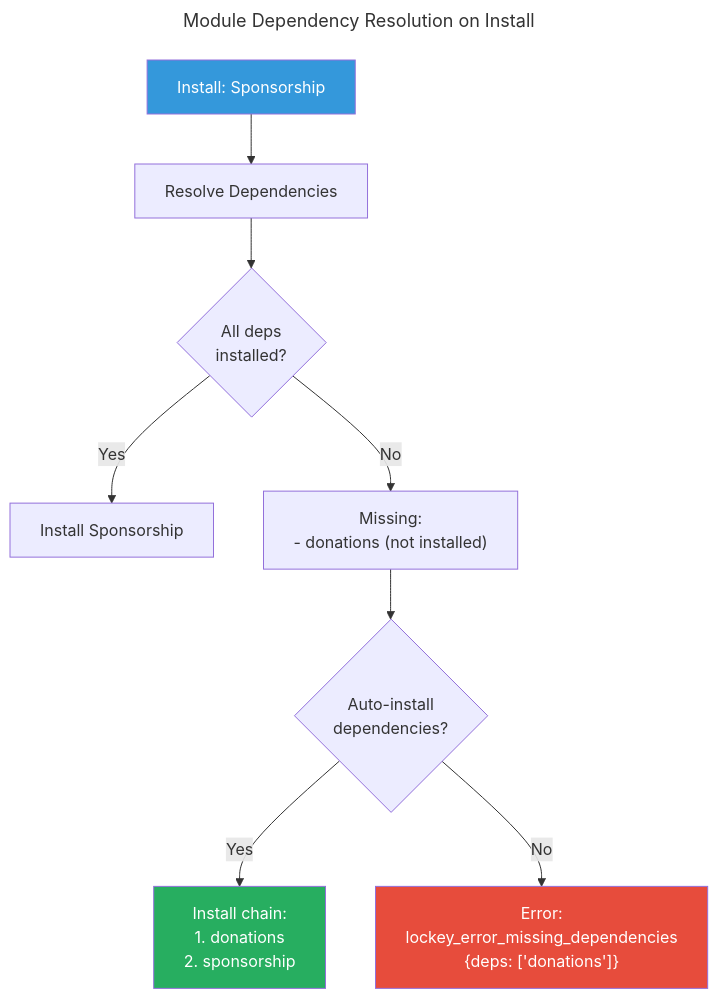
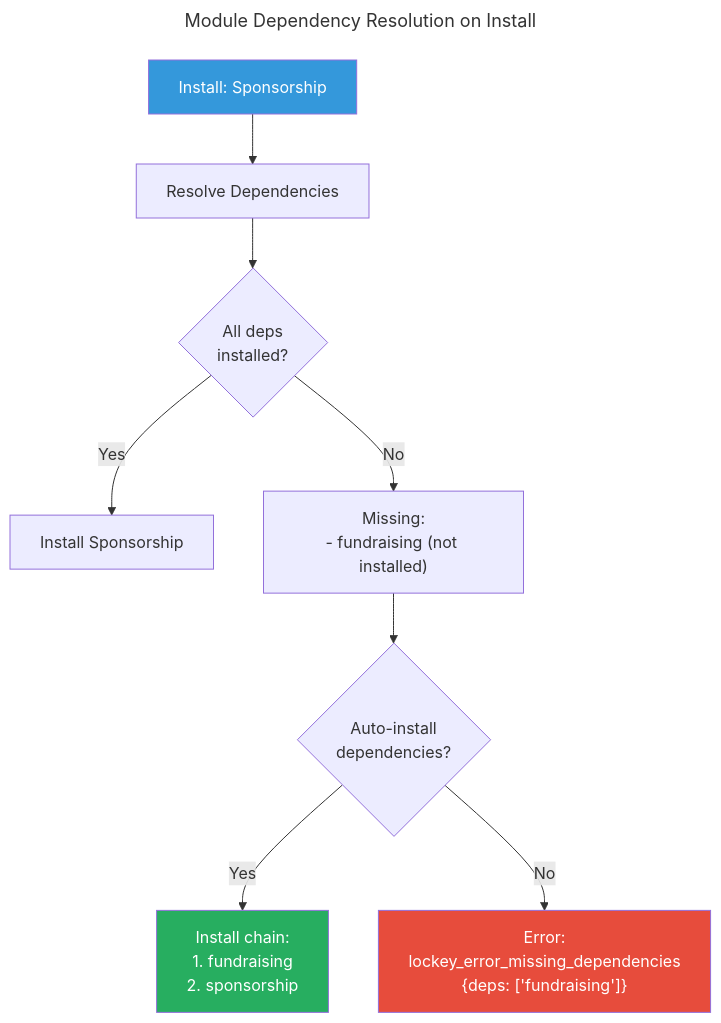
Before and after one commit to cemililik/Nexora: the fifth of 5 diagrams in docs/architecture/MODULE_SYSTEM.md, drawn with Mermaid. The commit also changed other lines of this file and 13 other files, not shown here.

````diff
--- a/docs/architecture/MODULE_SYSTEM.md
+++ b/docs/architecture/MODULE_SYSTEM.md
@@ -524,17 +528,17 @@
 ```mermaid
 ---
 title: Module Dependency Resolution on Install
 ---
 flowchart TB
     Request["Install: Sponsorship"] --> Resolve["Resolve Dependencies"]
     Resolve --> Check{"All deps\ninstalled?"}
     Check -->|Yes| Install["Install Sponsorship"]
-    Check -->|No| Missing["Missing:\n- donations (not installed)"]
+    Check -->|No| Missing["Missing:\n- fundraising (not installed)"]
     Missing --> Auto{"Auto-install\ndependencies?"}
-    Auto -->|Yes| Chain["Install chain:\n1. donations\n2. sponsorship"]
-    Auto -->|No| Error["Error:\nlockey_error_missing_dependencies\n{deps: ['donations']}"]
+    Auto -->|Yes| Chain["Install chain:\n1. fundraising\n2. sponsorship"]
+    Auto -->|No| Error["Error:\nlockey_error_missing_dependencies\n{deps: ['fundraising']}"]
 
     style Request fill:#3498db,color:#fff
     style Error fill:#e74c3c,color:#fff
     style Chain fill:#27ae60,color:#fff
 ```
````
